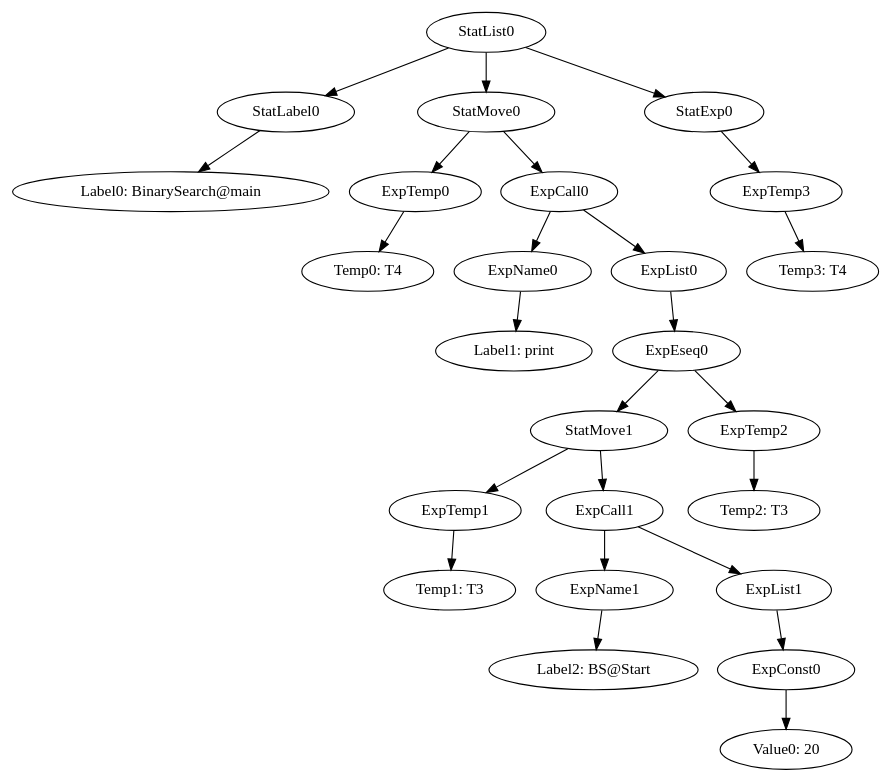
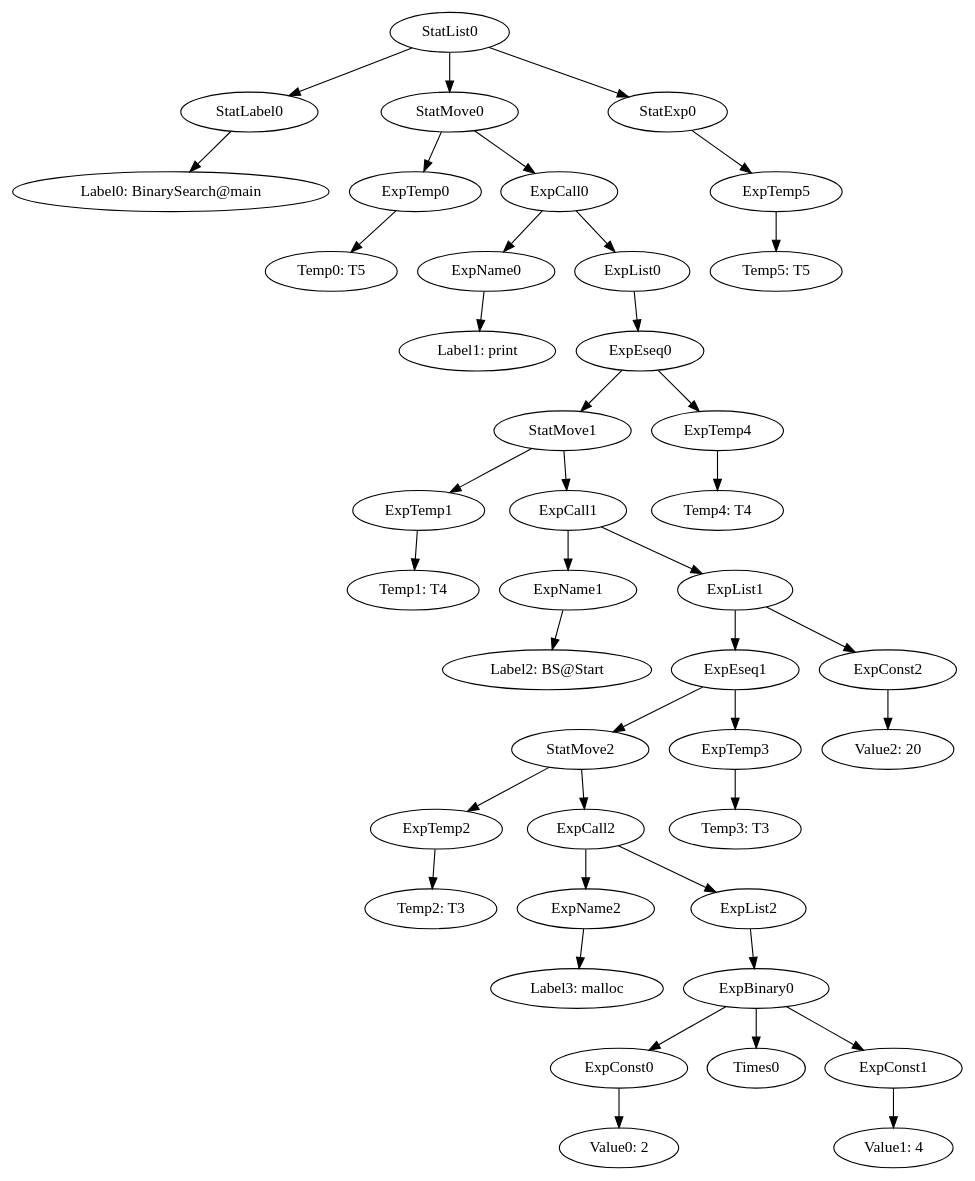
One commit to team-compilers/compilers changed the diagram in MiniJava/results/SamplesCorrect/BinarySearch/irtCanon3_BinarySearch@main.gv. Above: the diagram before and after it, drawn with Graphviz. The commit also changed 371 other files, not shown here.

```diff
--- a/MiniJava/results/SamplesCorrect/BinarySearch/irtCanon3_BinarySearch@main.gv
+++ b/MiniJava/results/SamplesCorrect/BinarySearch/irtCanon3_BinarySearch@main.gv
@@ -1,27 +1,43 @@
 digraph {
 	ordering = out;
-	ExpTemp3 -> "Temp3: T4";
-	ExpTemp2 -> "Temp2: T3";
+	StatExp0 -> ExpTemp5;
+	ExpList0 -> ExpEseq0;
+	ExpTemp4 -> "Temp4: T4";
 	ExpEseq0 -> StatMove1;
-	ExpEseq0 -> ExpTemp2;
-	ExpConst0 -> "Value0: 20";
-	StatMove0 -> ExpTemp0;
-	StatMove0 -> ExpCall0;
-	ExpList0 -> ExpEseq0;
-	ExpCall1 -> ExpName1;
-	ExpCall1 -> ExpList1;
-	StatExp0 -> ExpTemp3;
-	ExpTemp0 -> "Temp0: T4";
+	ExpEseq0 -> ExpTemp4;
+	ExpName1 -> "Label2: BS@Start";
+	StatMove1 -> ExpTemp1;
+	StatMove1 -> ExpCall1;
+	ExpConst1 -> "Value1: 4";
+	ExpList1 -> ExpEseq1;
+	ExpList1 -> ExpConst2;
+	ExpCall0 -> ExpName0;
+	ExpCall0 -> ExpList0;
+	ExpName0 -> "Label1: print";
+	StatLabel0 -> "Label0: BinarySearch@main";
 	StatList0 -> StatLabel0;
 	StatList0 -> StatMove0;
 	StatList0 -> StatExp0;
-	StatLabel0 -> "Label0: BinarySearch@main";
-	ExpName0 -> "Label1: print";
-	ExpCall0 -> ExpName0;
-	ExpCall0 -> ExpList0;
-	ExpTemp1 -> "Temp1: T3";
-	ExpList1 -> ExpConst0;
-	StatMove1 -> ExpTemp1;
-	StatMove1 -> ExpCall1;
-	ExpName1 -> "Label2: BS@Start";
+	ExpTemp0 -> "Temp0: T5";
+	ExpList2 -> ExpBinary0;
+	ExpCall1 -> ExpName1;
+	ExpCall1 -> ExpList1;
+	ExpTemp2 -> "Temp2: T3";
+	StatMove2 -> ExpTemp2;
+	StatMove2 -> ExpCall2;
+	ExpTemp5 -> "Temp5: T5";
+	ExpTemp1 -> "Temp1: T4";
+	ExpName2 -> "Label3: malloc";
+	ExpConst0 -> "Value0: 2";
+	ExpBinary0 -> ExpConst0;
+	ExpBinary0 -> Times0;
+	ExpBinary0 -> ExpConst1;
+	StatMove0 -> ExpTemp0;
+	StatMove0 -> ExpCall0;
+	ExpEseq1 -> StatMove2;
+	ExpEseq1 -> ExpTemp3;
+	ExpTemp3 -> "Temp3: T3";
+	ExpCall2 -> ExpName2;
+	ExpCall2 -> ExpList2;
+	ExpConst2 -> "Value2: 20";
 }
```
